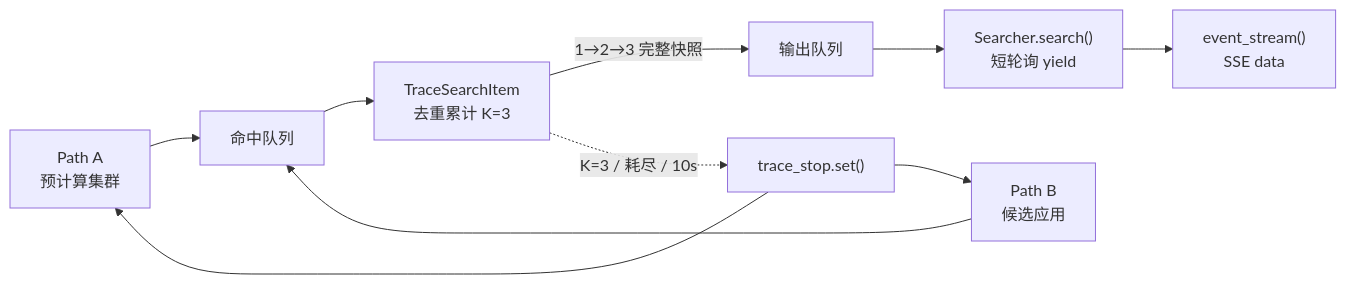
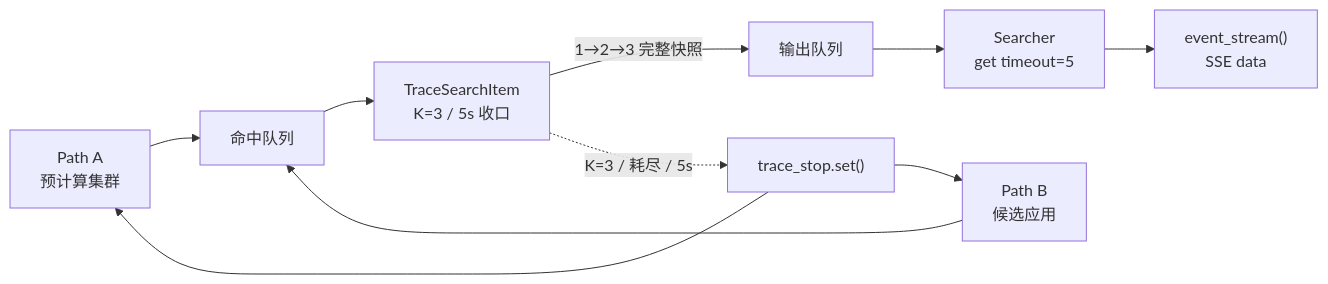
Before and after one commit to ZhuoZhuoCrayon/ai-workspace: the second of 2 diagrams in knowledge/bkmonitor/issues/2026-05-02-overview-trace-id-low-latency-search/PLAN.md, drawn with Mermaid. The commit also changed other lines of this file and 2 other files, not shown here.

Commit message:
docs(knowledge): align trace search timeout with streaming

````diff
--- a/knowledge/bkmonitor/issues/2026-05-02-overview-trace-id-low-latency-search/PLAN.md
+++ b/knowledge/bkmonitor/issues/2026-05-02-overview-trace-id-low-latency-search/PLAN.md
@@ -140,12 +144,12 @@
 ```mermaid
 flowchart LR
     A["Path A<br/>预计算集群"] --> H["命中队列"]
     B["Path B<br/>候选应用"] --> H
-    H --> T["TraceSearchItem<br/>去重累计 K=3"]
+    H --> T["TraceSearchItem<br/>K=3 / 5s 收口"]
     T -- "1→2→3 完整快照" --> O["输出队列"]
-    O --> S["Searcher.search()<br/>短轮询 yield"]
+    O --> S["Searcher<br/>get timeout=5"]
     S --> V["event_stream()<br/>SSE data"]
-    T -. "K=3 / 耗尽 / 10s" .-> E["trace_stop.set()"]
+    T -. "K=3 / 耗尽 / 5s" .-> E["trace_stop.set()"]
     E --> A
     E --> B
 ```
````
